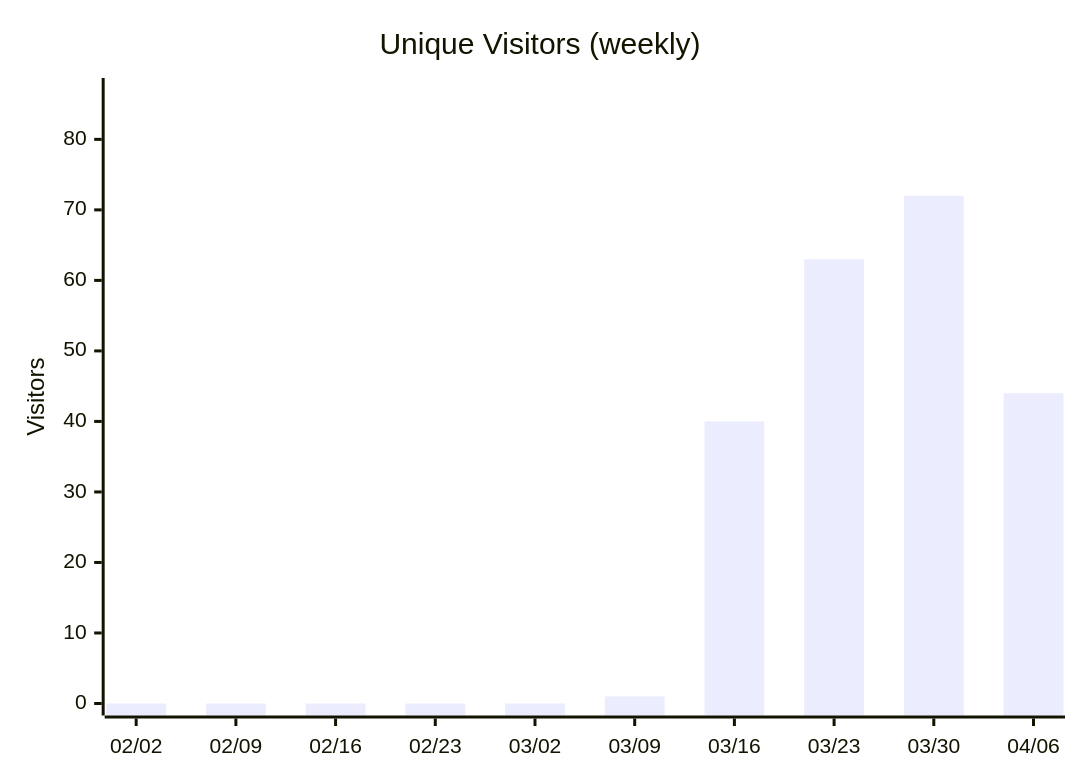
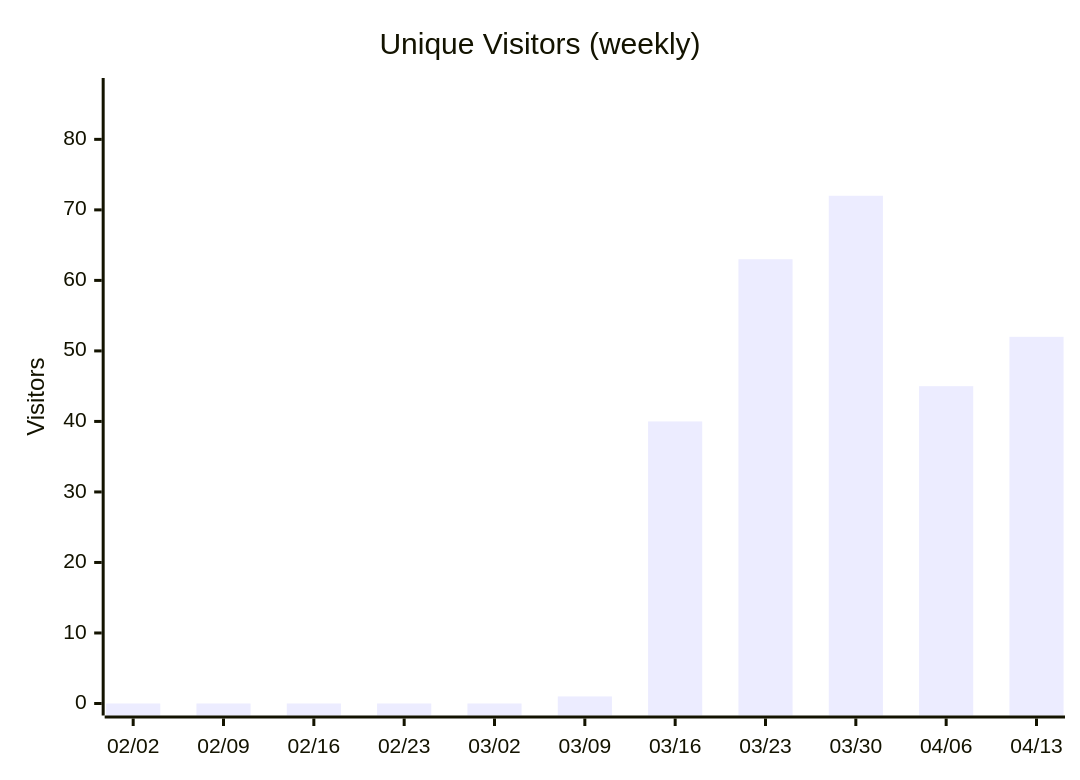
One commit to nablarch/nabledge-dev changed diagram 13 of 14 in docs/metrics.md. Above: the diagram before and after it, drawn with Mermaid. The commit also changed other lines of this file and 2 other files, not shown here.

````diff
--- a/docs/metrics.md
+++ b/docs/metrics.md
@@ -163,7 +165,7 @@
 ```mermaid
 xychart-beta
   title "Unique Visitors (weekly)"
-  x-axis ["02/02", "02/09", "02/16", "02/23", "03/02", "03/09", "03/16", "03/23", "03/30", "04/06"]
+  x-axis ["02/02", "02/09", "02/16", "02/23", "03/02", "03/09", "03/16", "03/23", "03/30", "04/06", "04/13"]
   y-axis "Visitors" 0 --> 87
-  bar [0, 0, 0, 0, 0, 1, 40, 63, 72, 44]
+  bar [0, 0, 0, 0, 0, 1, 40, 63, 72, 45, 52]
 ```
````
